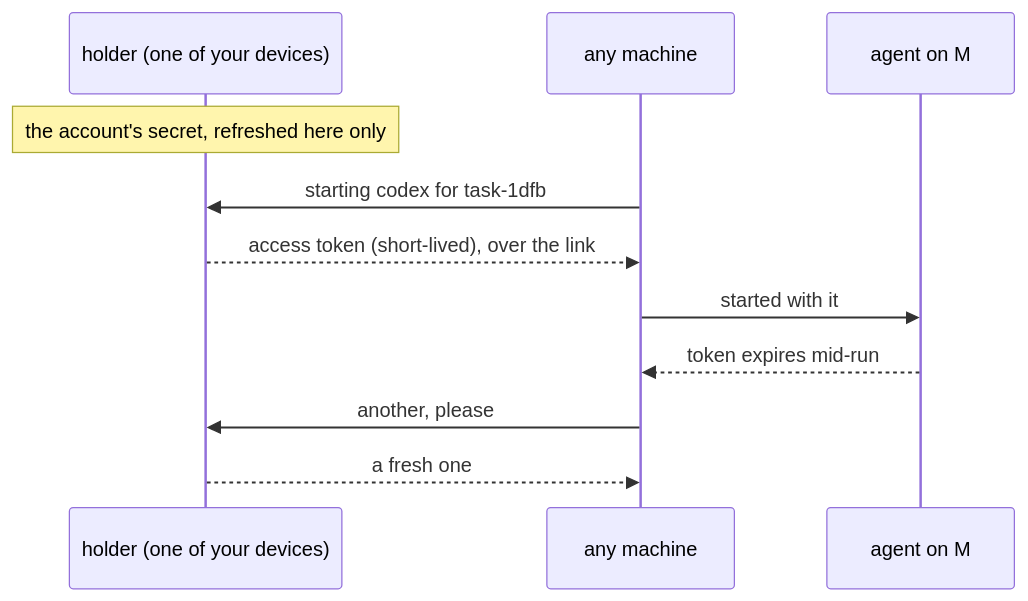
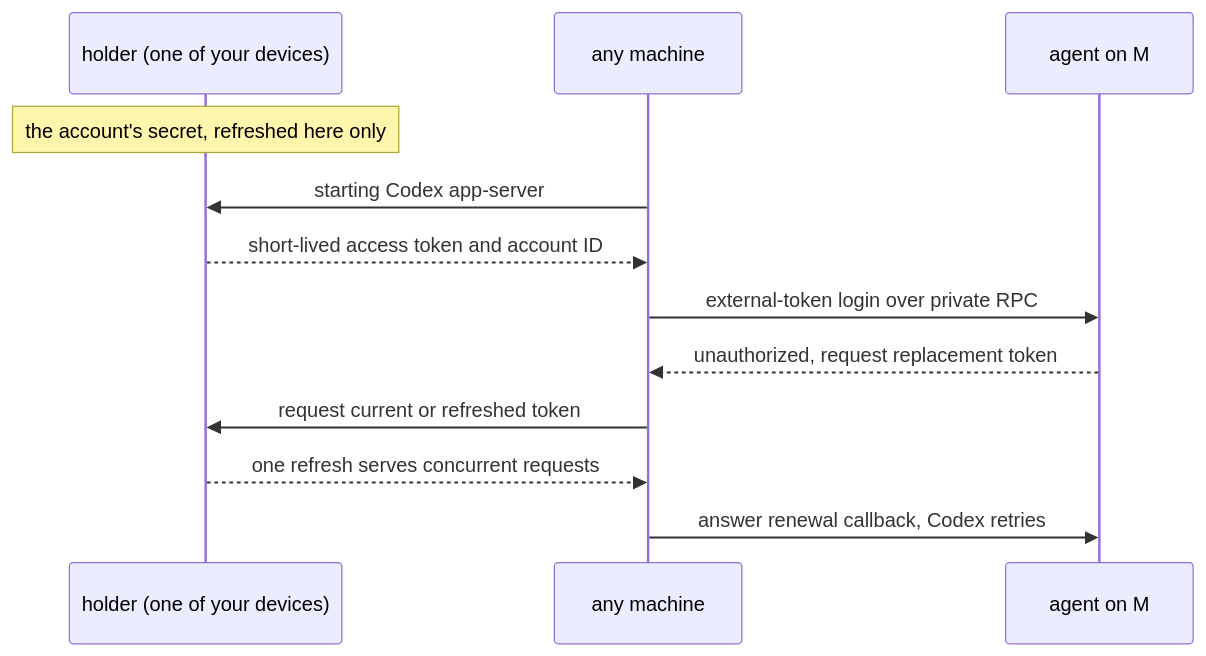
The diagram in docs/specs/agent-sign-in.md (tampopogk/kanna), drawn with Mermaid before and after one commit. The commit also changed other lines of this file and 6 other files, not shown here.

Commit message:
Model shared Codex OAuth tokens and holder renewal through app-server

````diff
--- a/docs/specs/agent-sign-in.md
+++ b/docs/specs/agent-sign-in.md
@@ -30,13 +30,14 @@
 ```mermaid
 sequenceDiagram
     participant H as holder (one of your devices)
     participant M as any machine
     participant AG as agent on M
     Note over H: the account's secret, refreshed here only
-    M->>H: starting codex for task-1dfb
-    H-->>M: access token (short-lived), over the link
-    M->>AG: started with it
-    AG-->>M: token expires mid-run
-    M->>H: another, please
-    H-->>M: a fresh one
+    M->>H: starting Codex app-server
+    H-->>M: short-lived access token and account ID
+    M->>AG: external-token login over private RPC
+    AG-->>M: unauthorized, request replacement token
+    M->>H: request current or refreshed token
+    H-->>M: one refresh serves concurrent requests
+    M->>AG: answer renewal callback, Codex retries
 ```
````
